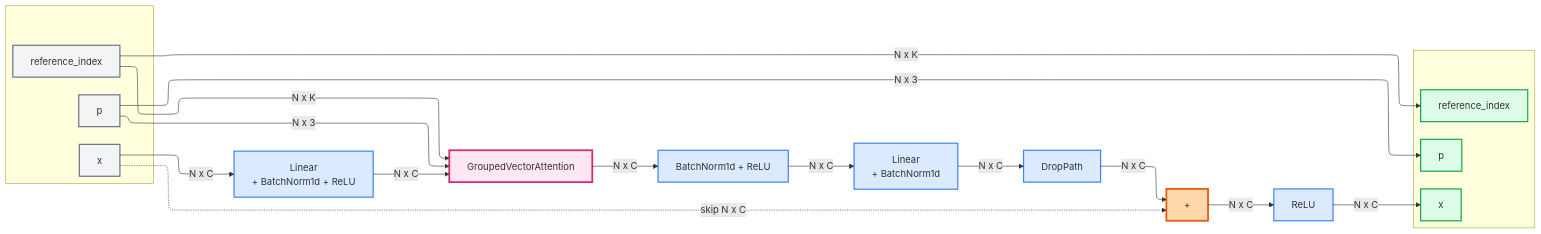
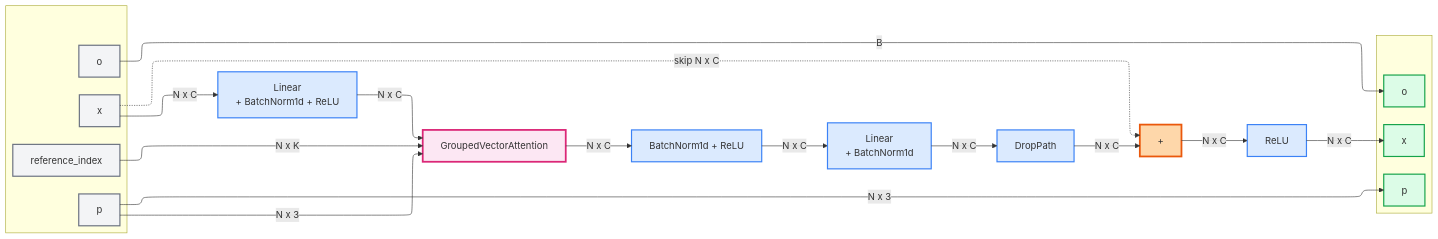
Before and after one commit to antoineach/antoineach.github.io: the diagram in assets/img/poinTransformerV2/block.md, drawn with Mermaid. The commit also changed 3 other files, not shown here.

````diff
--- a/assets/img/poinTransformerV2/block.md
+++ b/assets/img/poinTransformerV2/block.md
@@ -1,58 +1,60 @@
 ```mermaid
 ---
 config:
   layout: elk
 ---
 graph LR
     subgraph InputPXO[" "]
         p["p"]
         x["x"]
+        o["o"]
         ref["reference_index"]
     end
     
     x -->|N x C| FC1["Linear<br>+ BatchNorm1d + ReLU"]
     
     FC1 -->|N x C| GVA["GroupedVectorAttention"]
     
     p -->|N x 3| GVA
     ref -->|N x K| GVA
     
     GVA -->|N x C| Norm2["BatchNorm1d + ReLU"]
     Norm2 -->|N x C| FC3["Linear<br>+ BatchNorm1d"]
     
     FC3 -->|N x C| DropPath["DropPath"]
     DropPath -->|N x C| Add["+"]
     x -.skip N x C.-> Add
     
     Add -->|N x C| ReLU["ReLU"]
     
     subgraph OutputPXO[" "]
         pout["p"]
         xout["x"]
-        oout["reference_index"]
+        oout_t["o"]
     end
     
     p -->|N x 3| pout
     ReLU -->|N x C| xout
 
-    ref -->|N x K| oout
+    o --> |B| oout_t
     
     style p fill:#f3f4f6,stroke:#6b7280,stroke-width:2px
     style x fill:#f3f4f6,stroke:#6b7280,stroke-width:2px
+    style o fill:#f3f4f6,stroke:#6b7280,stroke-width:2px
     style ref fill:#f3f4f6,stroke:#6b7280,stroke-width:2px
     
     style FC1 fill:#dbeafe,stroke:#3b82f6,stroke-width:2px
     
     style GVA fill:#fce7f3,stroke:#db2777,stroke-width:3px
     
     style Norm2 fill:#dbeafe,stroke:#3b82f6,stroke-width:2px
     style FC3 fill:#dbeafe,stroke:#3b82f6,stroke-width:2px
     style DropPath fill:#dbeafe,stroke:#3b82f6,stroke-width:2px
     
     style Add fill:#fed7aa,stroke:#ea580c,stroke-width:3px
     style ReLU fill:#dbeafe,stroke:#3b82f6,stroke-width:2px
     
     style pout fill:#dcfce7,stroke:#16a34a,stroke-width:2px
     style xout fill:#dcfce7,stroke:#16a34a,stroke-width:2px
-    style oout fill:#dcfce7,stroke:#16a34a,stroke-width:2px
+    style oout_t fill:#dcfce7,stroke:#16a34a,stroke-width:2px
 ```
````
